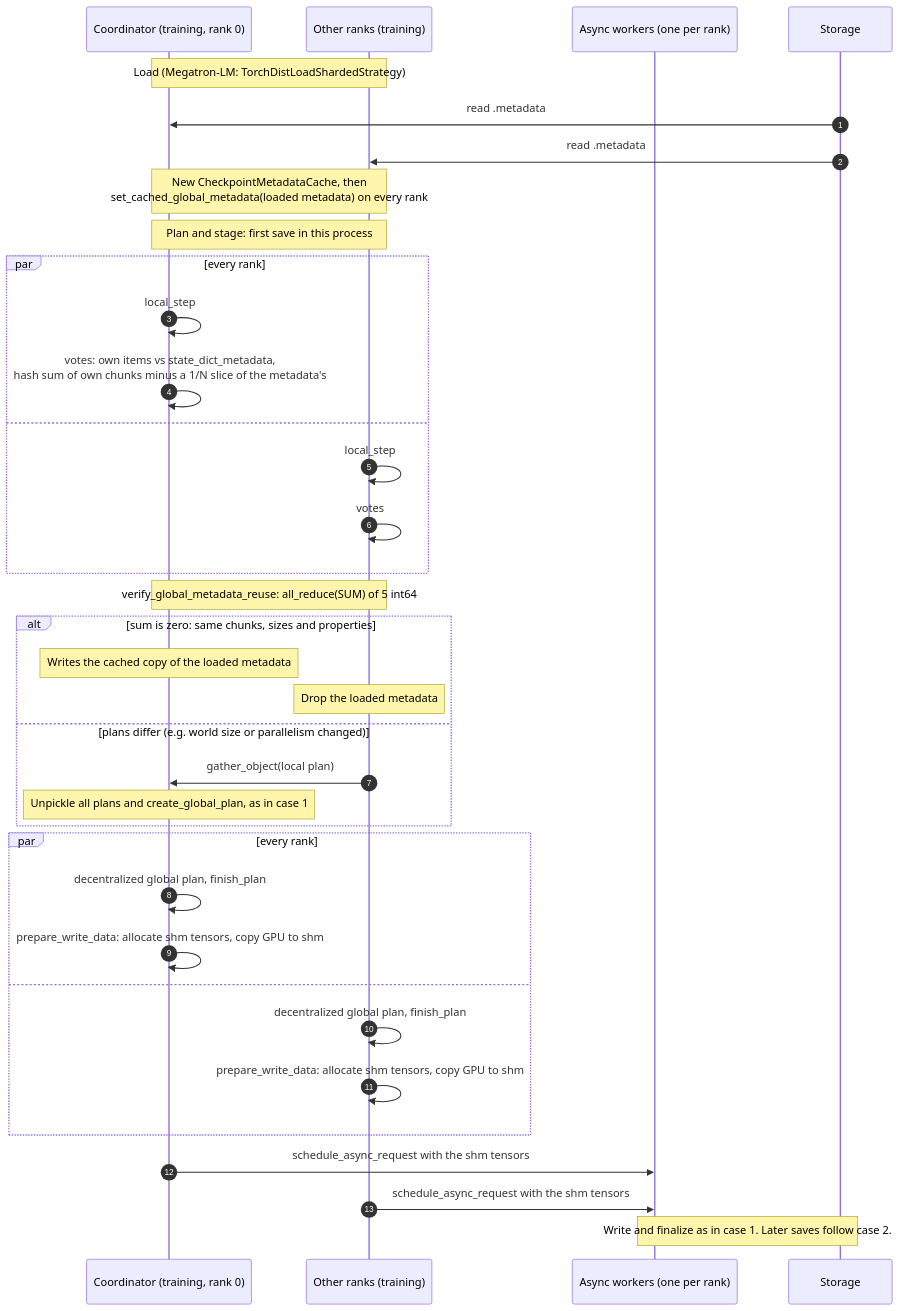
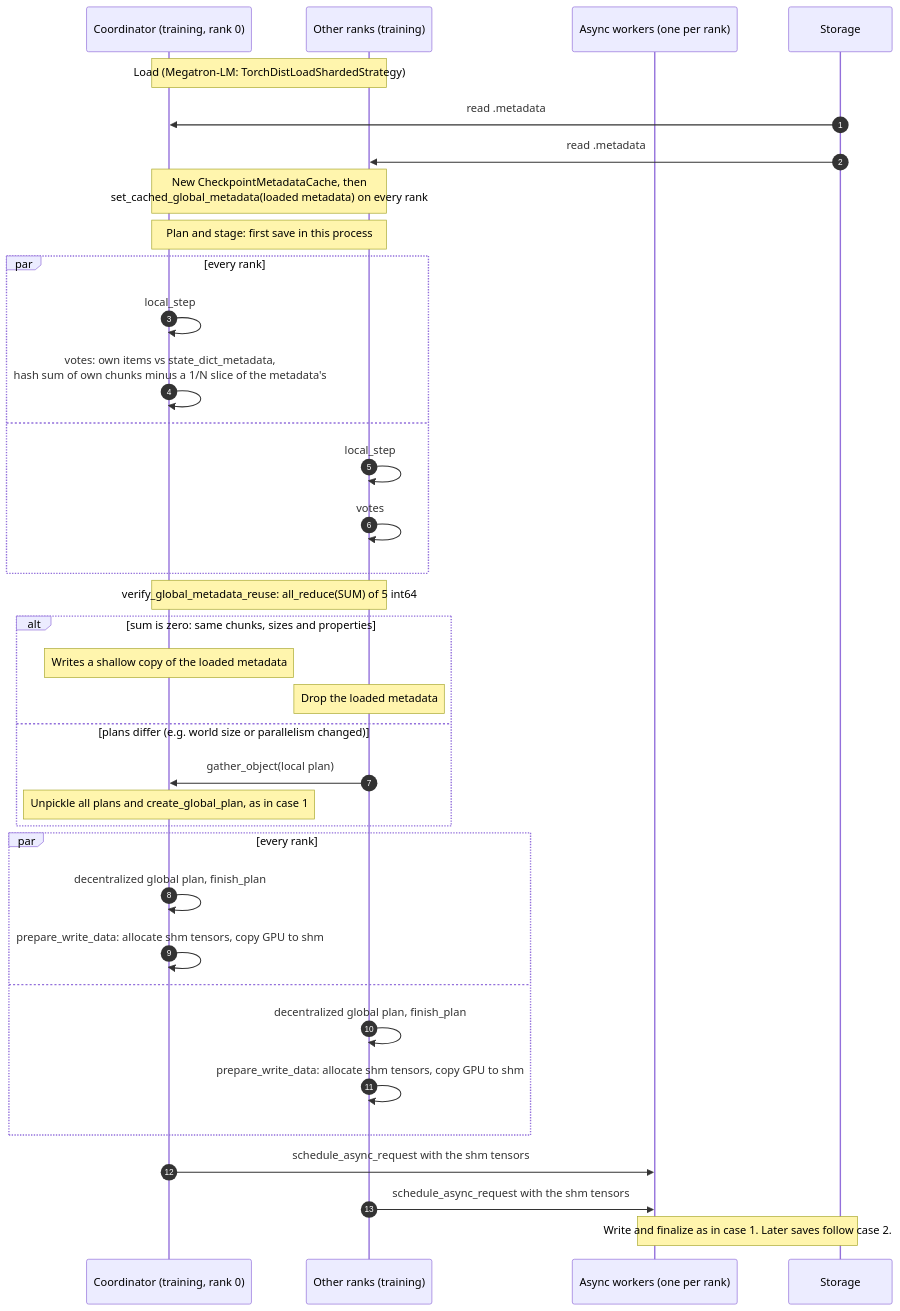
The third of 3 diagrams in docs/design/checkpoint/ASYNC_SAVE.md (NVIDIA/nvidia-resiliency-ext), drawn with Mermaid before and after one commit. The commit also changed other lines of this file and 2 other files, not shown here.

First line of the commit message:
Write a copy of the cached metadata on every save

````diff
--- a/docs/design/checkpoint/ASYNC_SAVE.md
+++ b/docs/design/checkpoint/ASYNC_SAVE.md
@@ -148,41 +150,41 @@
 ```mermaid
 sequenceDiagram
     autonumber
     participant C as Coordinator (training, rank 0)
     participant R as Other ranks (training)
     participant W as Async workers (one per rank)
     participant S as Storage
 
     Note over C,R: Load (Megatron-LM: TorchDistLoadShardedStrategy)
     S->>C: read .metadata
     S->>R: read .metadata
     Note over C,R: New CheckpointMetadataCache, then<br/>set_cached_global_metadata(loaded metadata) on every rank
 
     Note over C,R: Plan and stage: first save in this process
     par every rank
         C->>C: local_step
         C->>C: votes: own items vs state_dict_metadata,<br/>hash sum of own chunks minus a 1/N slice of the metadata's
     and
         R->>R: local_step
         R->>R: votes
     end
     Note over C,R: verify_global_metadata_reuse: all_reduce(SUM) of 5 int64
     alt sum is zero: same chunks, sizes and properties
-        Note over C: Writes the cached copy of the loaded metadata
+        Note over C: Writes a shallow copy of the loaded metadata
         Note over R: Drop the loaded metadata
     else plans differ (e.g. world size or parallelism changed)
         R->>C: gather_object(local plan)
         Note over C: Unpickle all plans and create_global_plan, as in case 1
     end
     par every rank
         C->>C: decentralized global plan, finish_plan
         C->>C: prepare_write_data: allocate shm tensors, copy GPU to shm
     and
         R->>R: decentralized global plan, finish_plan
         R->>R: prepare_write_data: allocate shm tensors, copy GPU to shm
     end
 
     C->>W: schedule_async_request with the shm tensors
     R->>W: schedule_async_request with the shm tensors
     Note over W,S: Write and finalize as in case 1. Later saves follow case 2.
 ```
````
